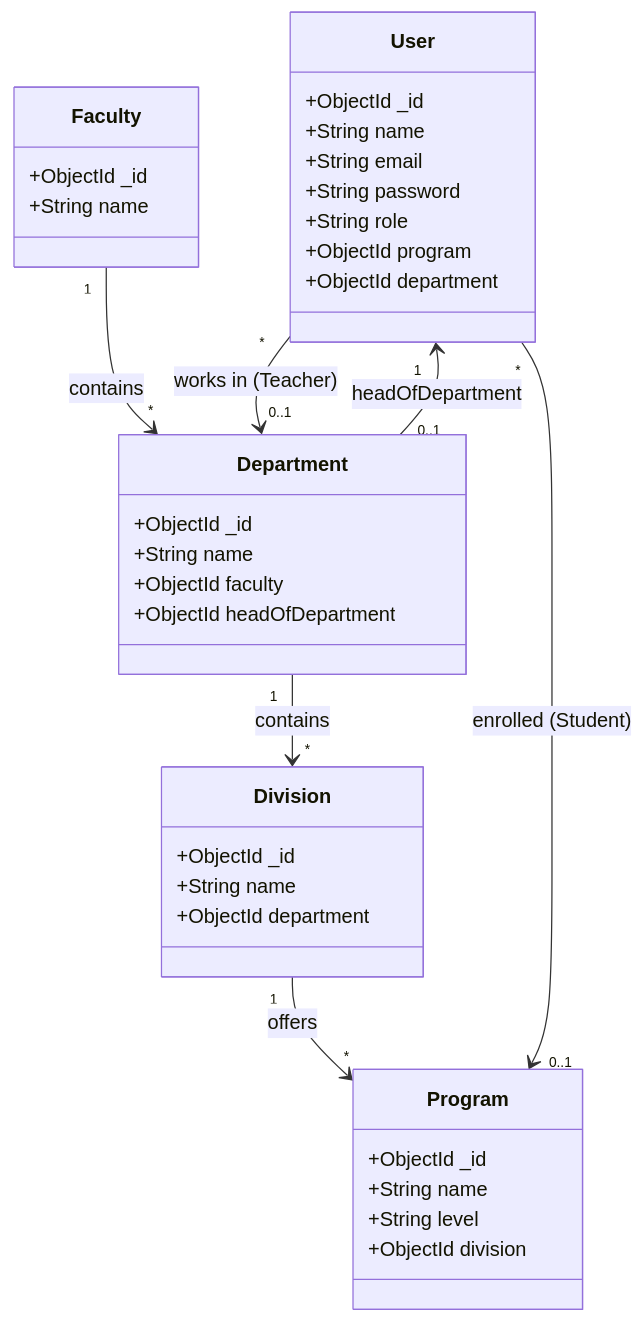
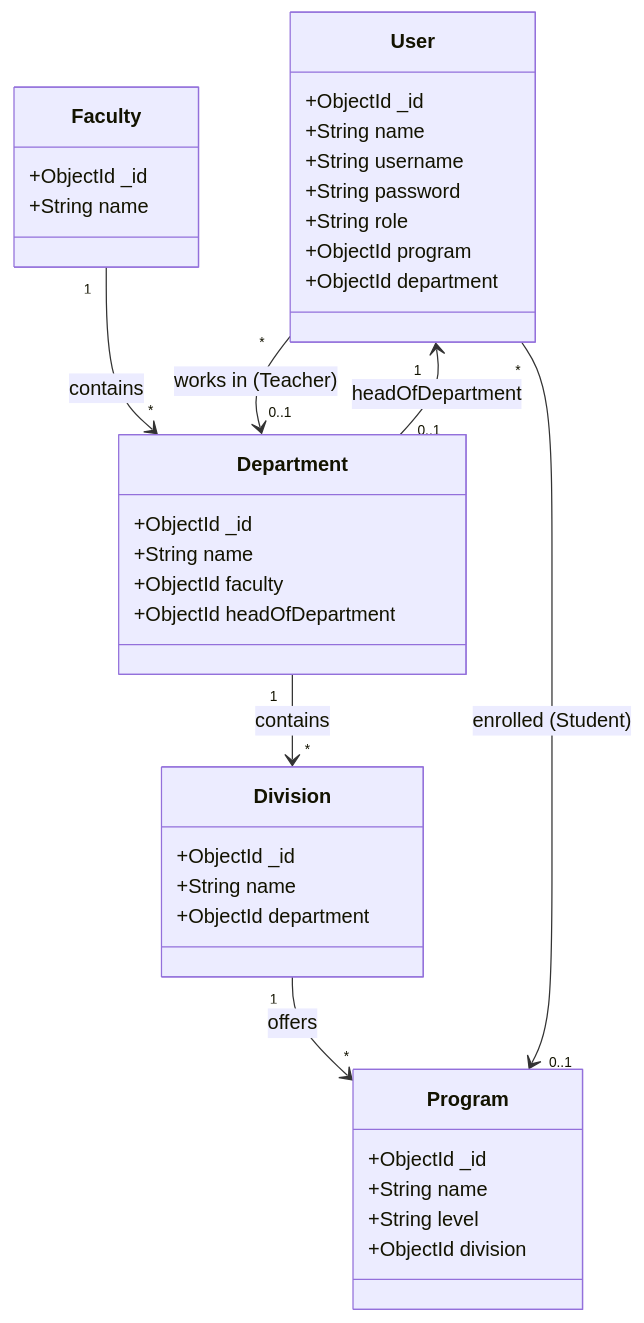
Before and after one commit to Ta1al/ams: the first of 2 diagrams in documentation/models.md, drawn with Mermaid. The commit also changed other lines of this file, not shown here.

Commit message:
Replace email field with username in User class and ER diagram

````diff
--- a/documentation/models.md
+++ b/documentation/models.md
@@ -22,51 +22,51 @@
 ```mermaid
 classDiagram
     direction TB
 
     class User {
         +ObjectId _id
         +String name
-        +String email
+        +String username
         +String password
         +String role
         +ObjectId program
         +ObjectId department
     }
 
     class Faculty {
         +ObjectId _id
         +String name
     }
 
     class Department {
         +ObjectId _id
         +String name
         +ObjectId faculty
         +ObjectId headOfDepartment
     }
 
     class Division {
         +ObjectId _id
         +String name
         +ObjectId department
     }
 
     class Program {
         +ObjectId _id
         +String name
         +String level
         +ObjectId division
     }
 
     %% Hierarchy Relationships
     Faculty "1" --> "*" Department : contains
     Department "1" --> "*" Division : contains
     Division "1" --> "*" Program : offers
 
     %% User Relationships
     User "*" --> "0..1" Program : enrolled (Student)
     User "*" --> "0..1" Department : works in (Teacher)
     
     %% Management Relationships
     Department "0..1" --> "1" User : headOfDepartment
 ```
````
